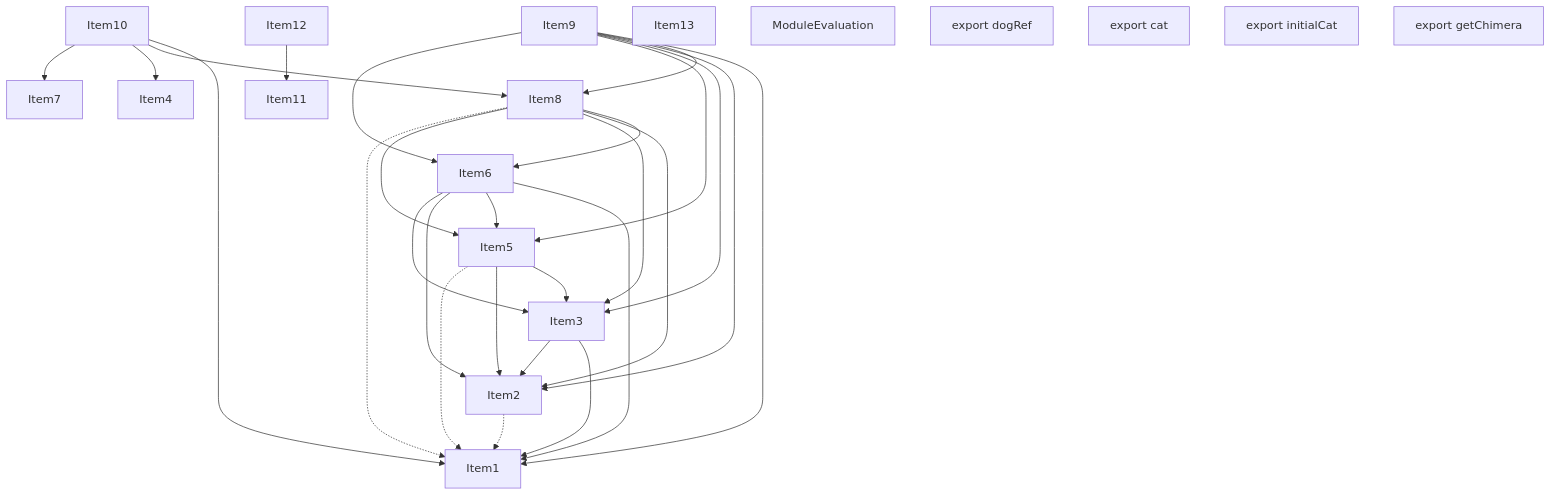
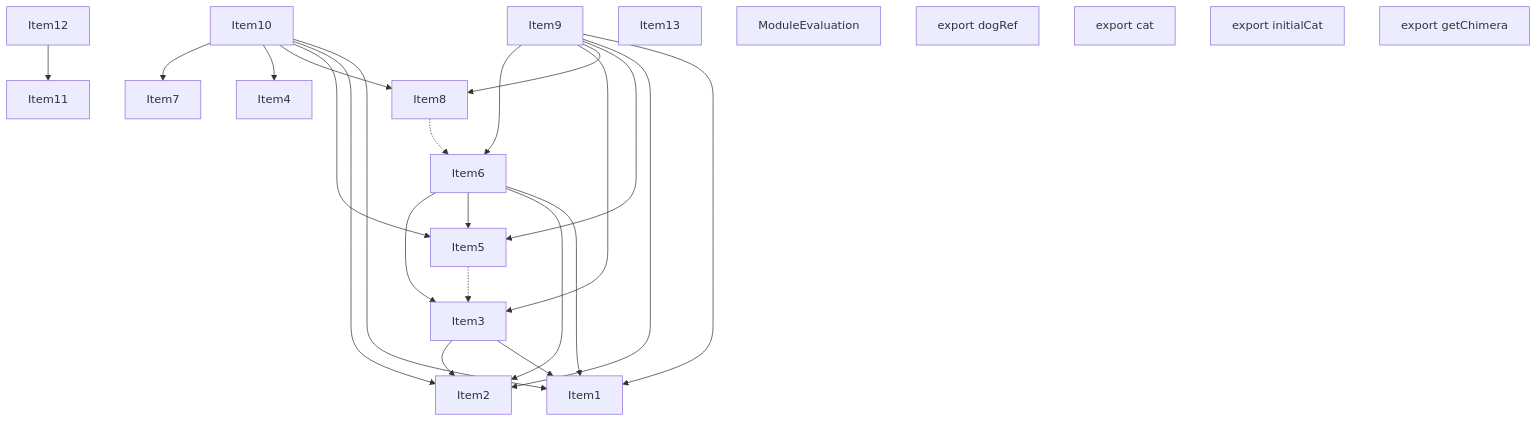
One commit to vercel/turborepo changed the second of 5 diagrams in crates/turbopack-ecmascript/tests/tree-shaker/analyzer/complex/output.md. Above: the diagram before and after it, drawn with Mermaid. The commit also changed other lines of this file and 12 other files, not shown here.

````diff
--- a/crates/turbopack-ecmascript/tests/tree-shaker/analyzer/complex/output.md
+++ b/crates/turbopack-ecmascript/tests/tree-shaker/analyzer/complex/output.md
@@ -181,52 +178,47 @@
 ```mermaid
 graph TD
     Item1;
     Item2;
     Item3;
     Item4;
     Item5;
     Item6;
     Item7;
     Item8;
     Item9;
     Item10;
     Item11;
     Item12;
     Item13;
     Item14;
     Item14["ModuleEvaluation"];
     Item15;
     Item15["export dogRef"];
     Item16;
     Item16["export cat"];
     Item17;
     Item17["export initialCat"];
     Item18;
     Item18["export getChimera"];
-    Item2 -.-> Item1;
     Item3 --> Item1;
     Item3 --> Item2;
-    Item5 --> Item3;
-    Item5 --> Item2;
-    Item5 -.-> Item1;
+    Item5 -.-> Item3;
     Item6 --> Item1;
+    Item6 --> Item2;
     Item6 --> Item5;
-    Item6 --> Item2;
     Item6 --> Item3;
-    Item8 --> Item6;
-    Item8 --> Item2;
-    Item8 --> Item3;
-    Item8 --> Item5;
-    Item8 -.-> Item1;
+    Item8 -.-> Item6;
     Item9 --> Item1;
+    Item9 --> Item2;
+    Item9 --> Item5;
     Item9 --> Item8;
-    Item9 --> Item2;
     Item9 --> Item3;
-    Item9 --> Item5;
     Item9 --> Item6;
     Item10 --> Item1;
+    Item10 --> Item2;
+    Item10 --> Item5;
     Item10 --> Item8;
     Item10 --> Item4;
     Item10 --> Item7;
     Item12 --> Item11;
 ```
````
